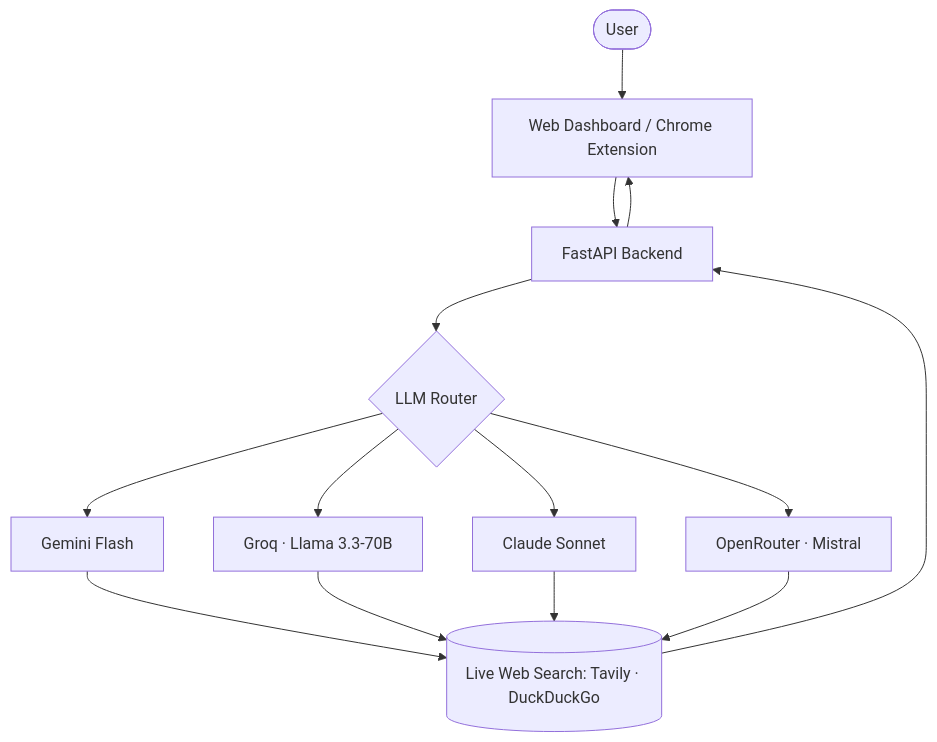
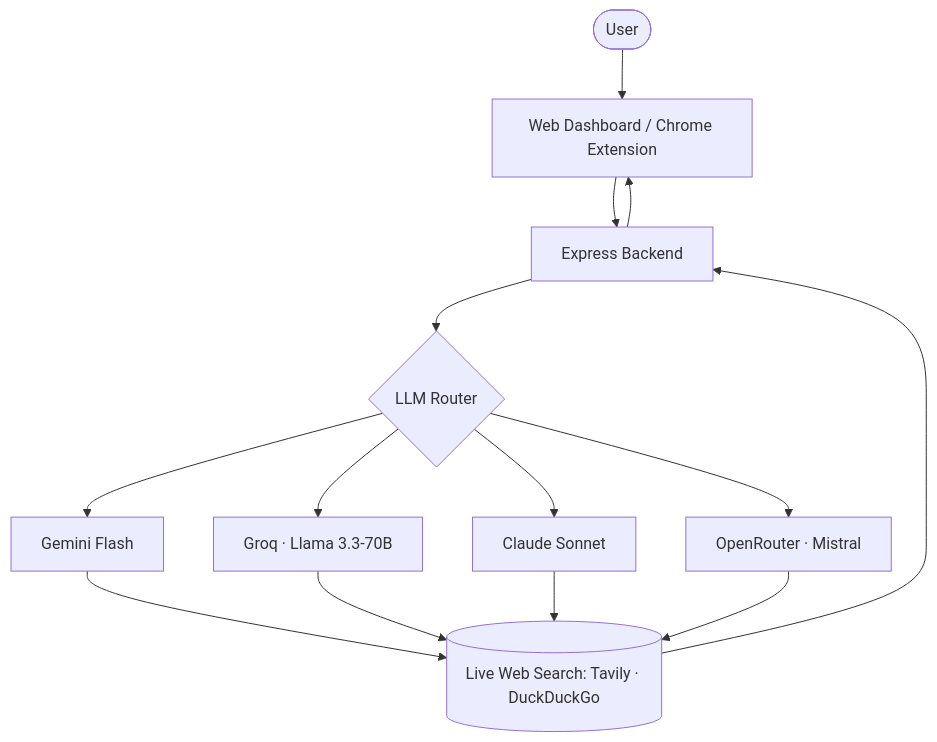
One commit to Saif8671/AI-HALUCINATION-VERIFIYER changed the diagram in README.md. Above: the diagram before and after it, drawn with Mermaid. The commit also changed other lines of this file and 8 other files, not shown here.

````diff
--- a/README.md
+++ b/README.md
@@ -77,26 +77,26 @@
 ```mermaid
 graph TD
     User([User])
     FE[Web Dashboard / Chrome Extension]
-    API[FastAPI Backend]
+    API[Express Backend]
     Router{LLM Router}
     Gemini[Gemini Flash]
     Groq[Groq · Llama 3.3-70B]
     Claude[Claude Sonnet]
     OpenRouter[OpenRouter · Mistral]
     Search[(Live Web Search: Tavily · DuckDuckGo)]
 
     User --> FE
     FE --> API
     API --> Router
     Router --> Gemini
     Router --> Groq
     Router --> Claude
     Router --> OpenRouter
     Gemini --> Search
     Groq --> Search
     Claude --> Search
     OpenRouter --> Search
     Search --> API
     API --> FE
 ```
````
